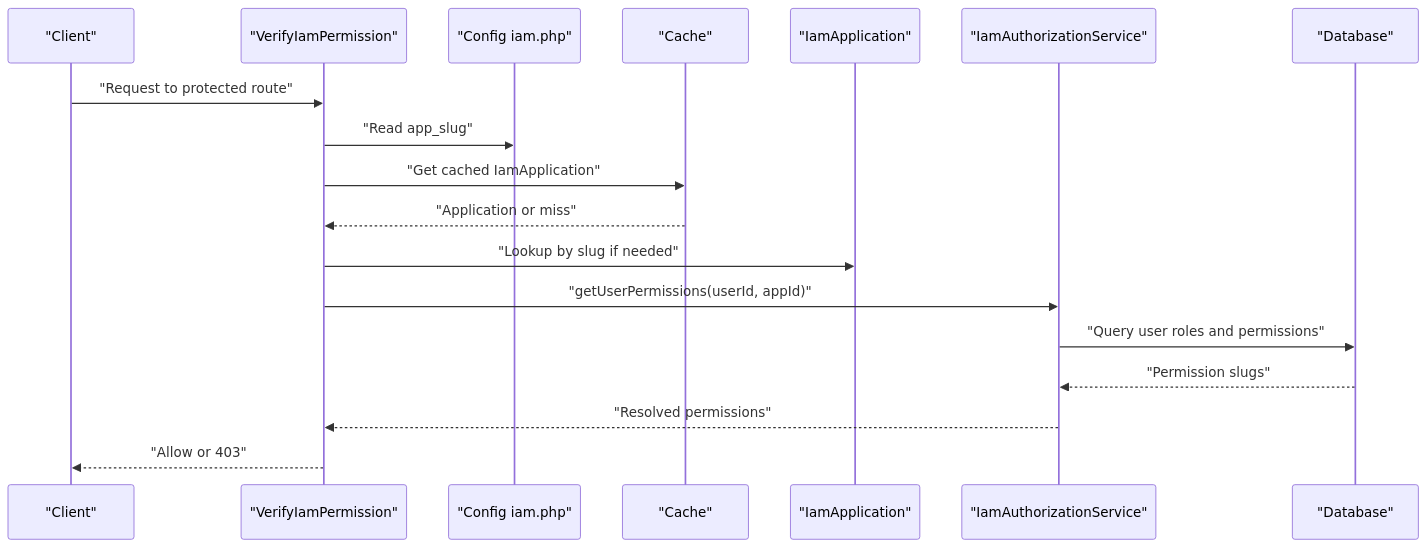
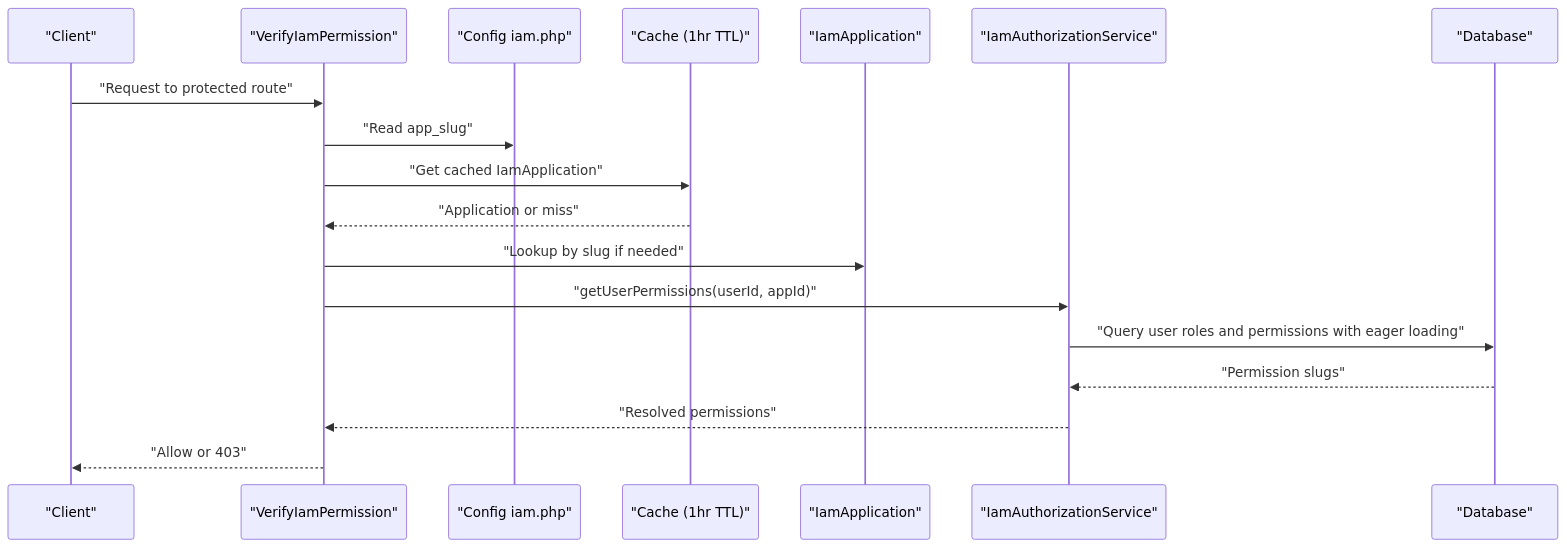
One commit to PA-Penajam/kepegawaian_apps changed the eighth of 9 diagrams in .qoder/repowiki/en/content/Identity and Access Management (IAM)/Identity and Access Management (IAM).md. Above: the diagram before and after it, drawn with Mermaid. The commit also changed other lines of this file and 22 other files, not shown here.

````diff
--- a/.qoder/repowiki/en/content/Identity and Access Management (IAM)/Identity and Access Management (IAM).md
+++ b/.qoder/repowiki/en/content/Identity and Access Management (IAM)/Identity and Access Management (IAM).md
@@ -403,20 +441,20 @@
 ```mermaid
 sequenceDiagram
 participant Client as "Client"
 participant MW as "VerifyIamPermission"
 participant CFG as "Config iam.php"
-participant Cache as "Cache"
+participant Cache as "Cache (1hr TTL)"
 participant App as "IamApplication"
 participant Auth as "IamAuthorizationService"
 participant DB as "Database"
 Client->>MW : "Request to protected route"
 MW->>CFG : "Read app_slug"
 MW->>Cache : "Get cached IamApplication"
 Cache-->>MW : "Application or miss"
 MW->>App : "Lookup by slug if needed"
 MW->>Auth : "getUserPermissions(userId, appId)"
-Auth->>DB : "Query user roles and permissions"
+Auth->>DB : "Query user roles and permissions with eager loading"
 DB-->>Auth : "Permission slugs"
 Auth-->>MW : "Resolved permissions"
 MW-->>Client : "Allow or 403"
 ```
````
